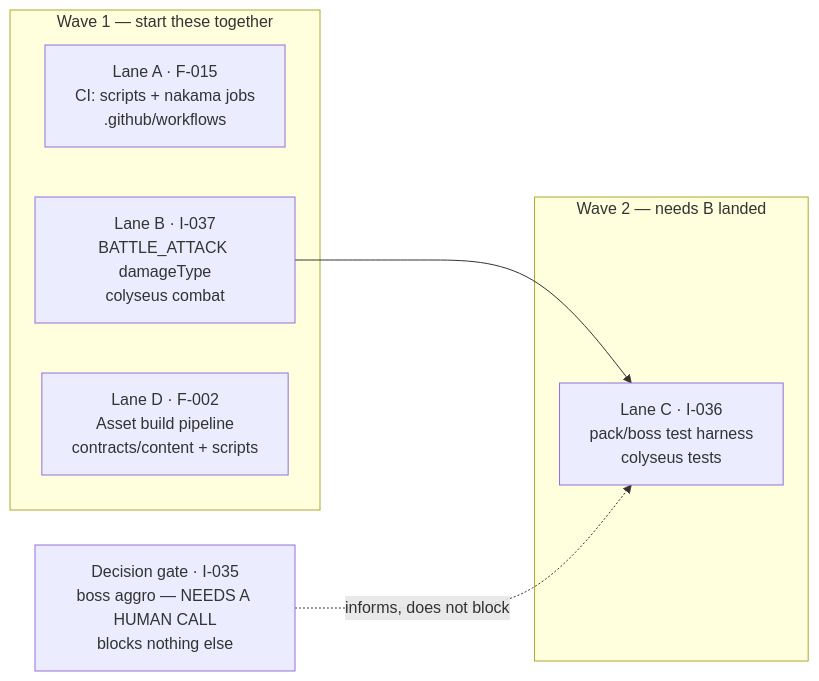
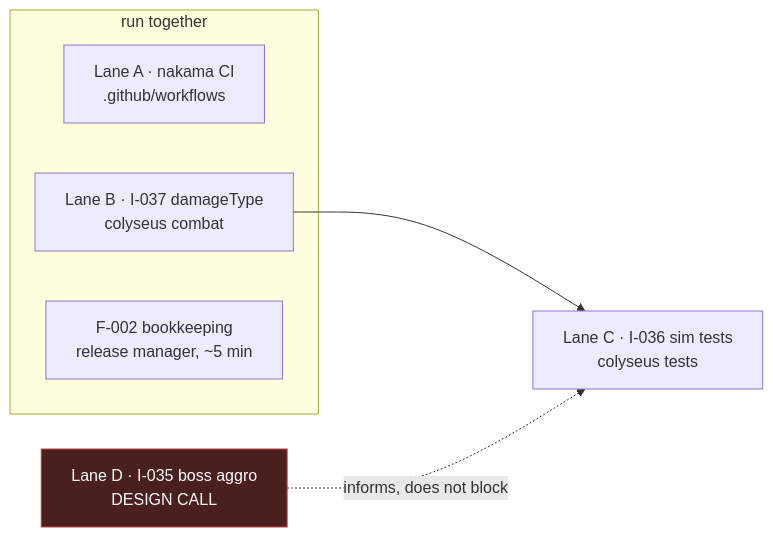
The diagram in docs/superpowers/specs/2026-07-31-release-1.6-handoff.md (montionugera/atlas-world-svc), drawn with Mermaid before and after one commit. The commit also changed other lines of this file and 4 other files, not shown here.

````diff
--- a/docs/superpowers/specs/2026-07-31-release-1.6-handoff.md
+++ b/docs/superpowers/specs/2026-07-31-release-1.6-handoff.md
@@ -26,14 +54,13 @@
 ```mermaid
 flowchart LR
-  subgraph W1["Wave 1 — start these together"]
-    A["Lane A · F-015<br/>CI: scripts + nakama jobs<br/>.github/workflows"]
-    B["Lane B · I-037<br/>BATTLE_ATTACK damageType<br/>colyseus combat"]
-    D["Lane D · F-002<br/>Asset build pipeline<br/>contracts/content + scripts"]
+  subgraph P["run together"]
+    A["Lane A · nakama CI<br/>.github/workflows"]
+    B["Lane B · I-037 damageType<br/>colyseus combat"]
+    F["F-002 bookkeeping<br/>release manager, ~5 min"]
   end
-  subgraph W2["Wave 2 — needs B landed"]
-    C["Lane C · I-036<br/>pack/boss test harness<br/>colyseus tests"]
-  end
-  E["Decision gate · I-035<br/>boss aggro — NEEDS A HUMAN CALL<br/>blocks nothing else"]
+  C["Lane C · I-036 sim tests<br/>colyseus tests"]
+  D["Lane D · I-035 boss aggro<br/>DESIGN CALL"]
   B --> C
-  E -.->|"informs, does not block"| C
+  D -.->|"informs, does not block"| C
+  style D fill:#4a1f1f,stroke:#c04040,color:#fff
 ```
````
